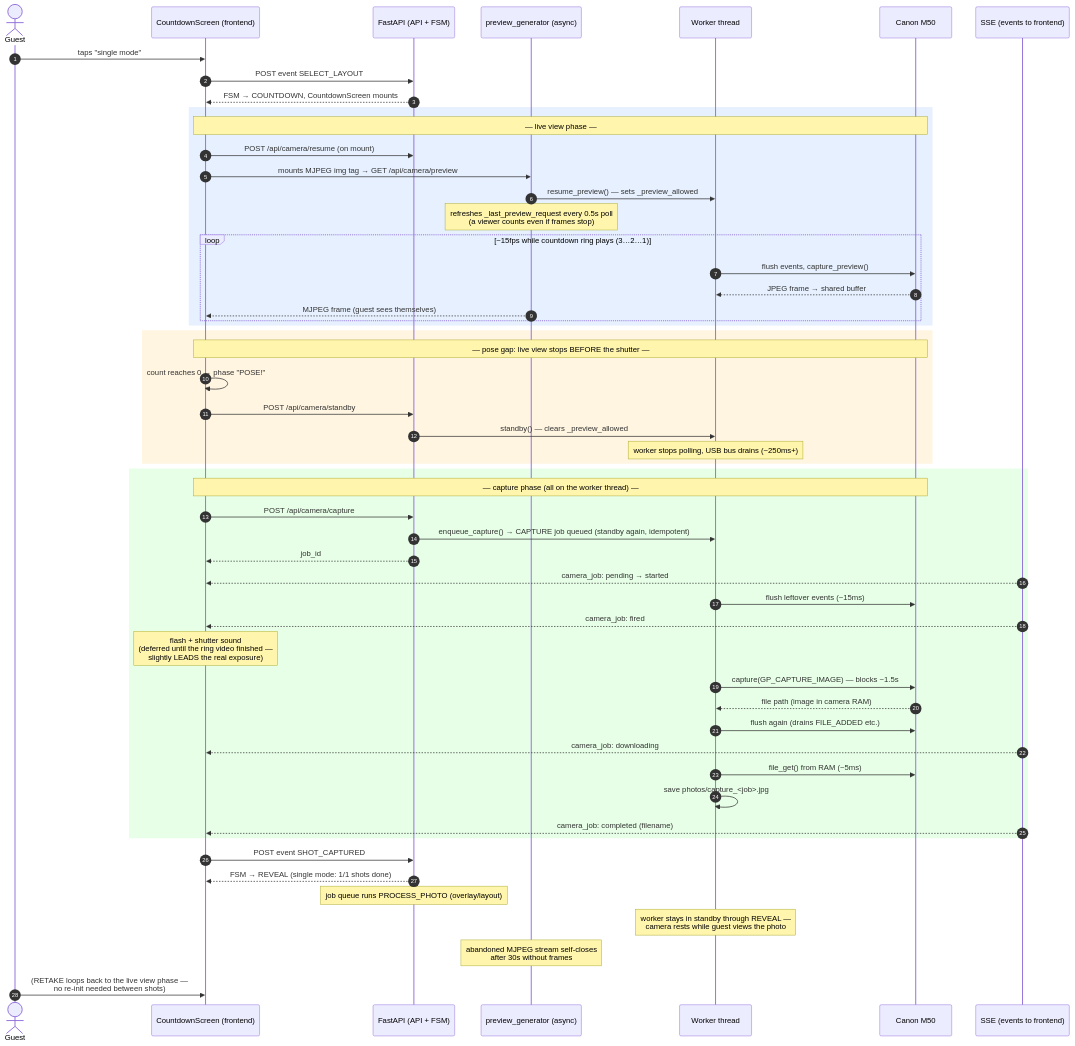
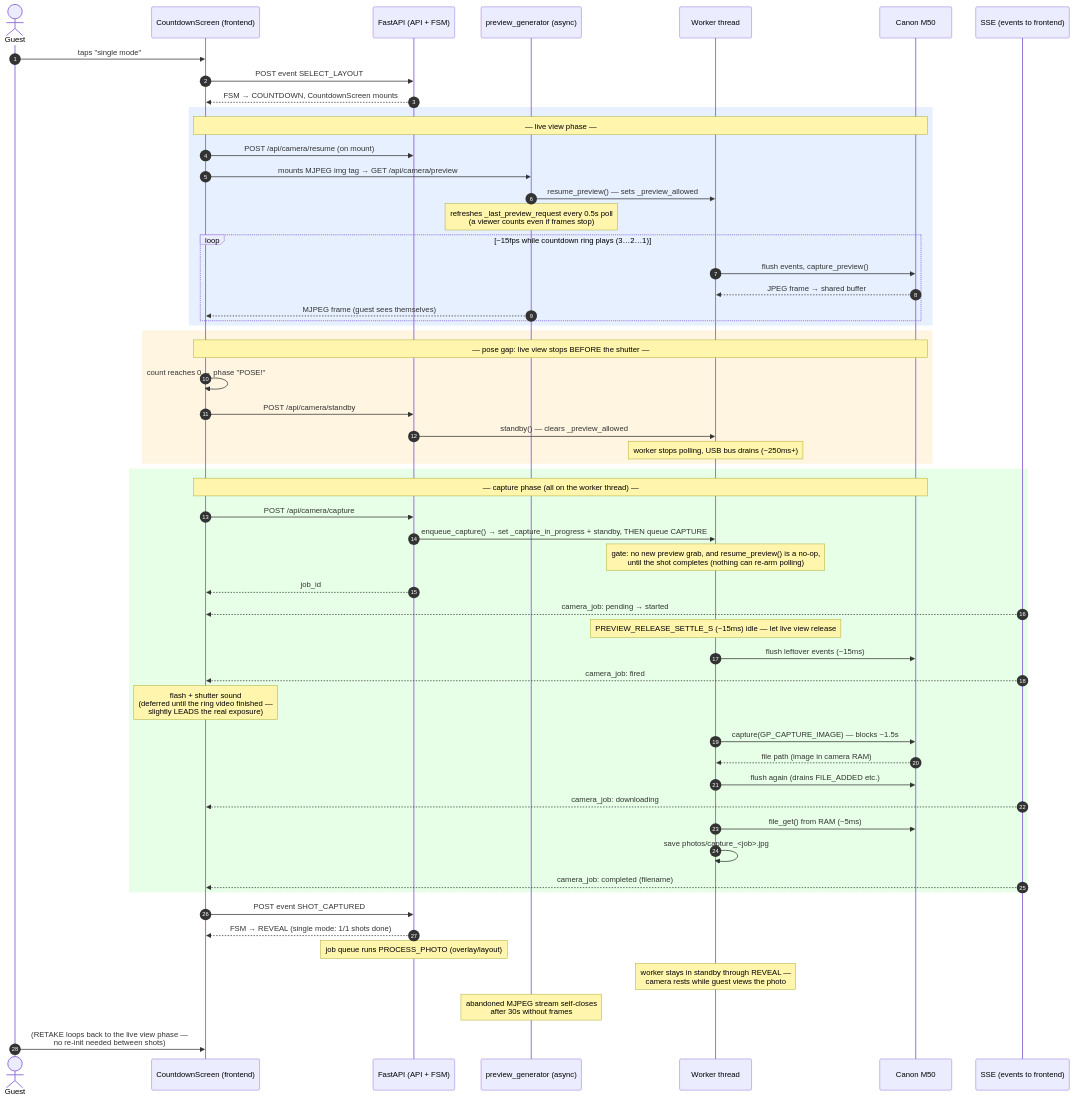
One commit to dz-score/Instantpic changed the second of 2 diagrams in Docs/CAMERA_SEQUENCES.md. Above: the diagram before and after it, drawn with Mermaid. The commit also changed other lines of this file and 2 other files, not shown here.

First line of the commit message:
docs: record the M50 preview-stall findings and the capture fix

````diff
--- a/Docs/CAMERA_SEQUENCES.md
+++ b/Docs/CAMERA_SEQUENCES.md
@@ -91,61 +91,63 @@
 ```mermaid
 sequenceDiagram
     autonumber
     actor G as Guest
     participant F as CountdownScreen (frontend)
     participant A as FastAPI (API + FSM)
     participant P as preview_generator (async)
     participant W as Worker thread
     participant M as Canon M50
     participant S as SSE (events to frontend)
 
     G->>F: taps "single mode"
     F->>A: POST event SELECT_LAYOUT
     A-->>F: FSM → COUNTDOWN, CountdownScreen mounts
 
     rect rgb(230, 240, 255)
     Note over F,M: — live view phase —
     F->>A: POST /api/camera/resume  (on mount)
     F->>P: mounts MJPEG img tag → GET /api/camera/preview
     P->>W: resume_preview() — sets _preview_allowed
     Note over P: refreshes _last_preview_request every 0.5s poll<br/>(a viewer counts even if frames stop)
     loop ~15fps while countdown ring plays (3…2…1)
         W->>M: flush events, capture_preview()
         M-->>W: JPEG frame → shared buffer
         P-->>F: MJPEG frame (guest sees themselves)
     end
     end
 
     rect rgb(255, 245, 225)
     Note over F,M: — pose gap: live view stops BEFORE the shutter —
     F->>F: count reaches 0 → phase "POSE!"
     F->>A: POST /api/camera/standby
     A->>W: standby() — clears _preview_allowed
     Note over W: worker stops polling, USB bus drains (~250ms+)
     end
 
     rect rgb(230, 255, 230)
     Note over F,M: — capture phase (all on the worker thread) —
     F->>A: POST /api/camera/capture
-    A->>W: enqueue_capture() → CAPTURE job queued (standby again, idempotent)
+    A->>W: enqueue_capture() → set _capture_in_progress + standby, THEN queue CAPTURE
+    Note over W: gate: no new preview grab, and resume_preview() is a no-op,<br/>until the shot completes (nothing can re-arm polling)
     A-->>F: job_id
     S-->>F: camera_job: pending → started
+    Note over W: PREVIEW_RELEASE_SETTLE_S (~15ms) idle — let live view release
     W->>M: flush leftover events (~15ms)
     S-->>F: camera_job: fired
     Note over F: flash + shutter sound<br/>(deferred until the ring video finished —<br/>slightly LEADS the real exposure)
     W->>M: capture(GP_CAPTURE_IMAGE)  — blocks ~1.5s
     M-->>W: file path (image in camera RAM)
     W->>M: flush again (drains FILE_ADDED etc.)
     S-->>F: camera_job: downloading
     W->>M: file_get() from RAM (~5ms)
     W->>W: save photos/capture_<job>.jpg
     S-->>F: camera_job: completed (filename)
     end
 
     F->>A: POST event SHOT_CAPTURED
     A-->>F: FSM → REVEAL (single mode: 1/1 shots done)
     Note over A: job queue runs PROCESS_PHOTO (overlay/layout)
     Note over W: worker stays in standby through REVEAL —<br/>camera rests while guest views the photo
     Note over P: abandoned MJPEG stream self-closes<br/>after 30s without frames
     G->>F: (RETAKE loops back to the live view phase —<br/>no re-init needed between shots)
 ```
````
